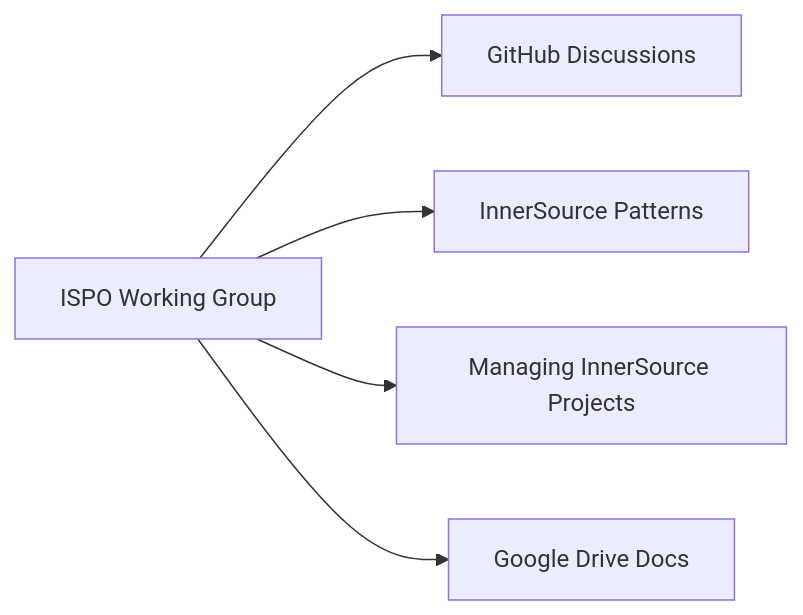
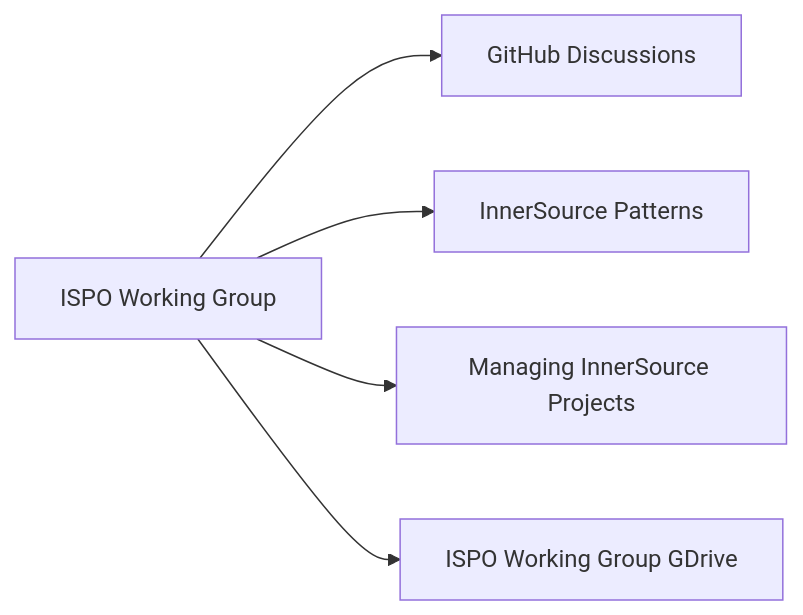
Before and after one commit to InnerSourceCommons/ispo-working-group: the diagram in CONTRIBUTING.md, drawn with Mermaid. The commit also changed other lines of this file, not shown here.

Commit message:
chore: dedup links, clarify gdrive docs

````diff
--- a/CONTRIBUTING.md
+++ b/CONTRIBUTING.md
@@ -31,7 +31,7 @@
 ```mermaid
 graph LR
     WG[ISPO Working Group] --> GD[GitHub Discussions]
     WG --> IP[InnerSource Patterns]
     WG --> MI[Managing InnerSource Projects]
-    WG --> DR[Google Drive Docs]
+    WG --> DR[ISPO Working Group GDrive]
 ```
````
